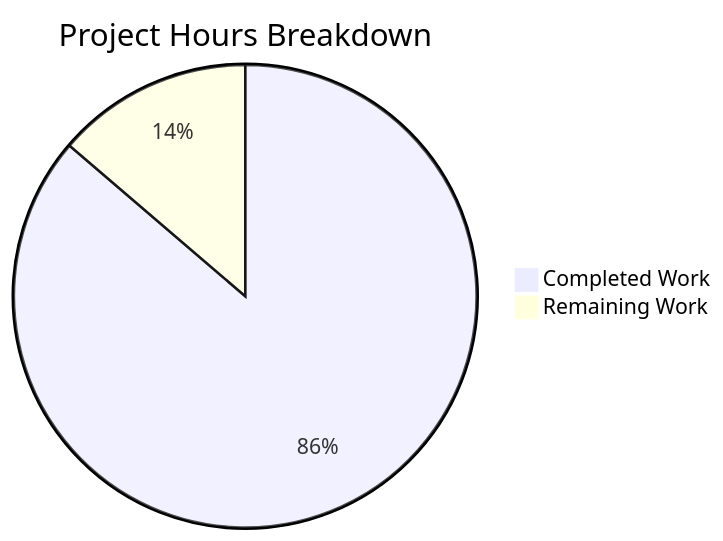
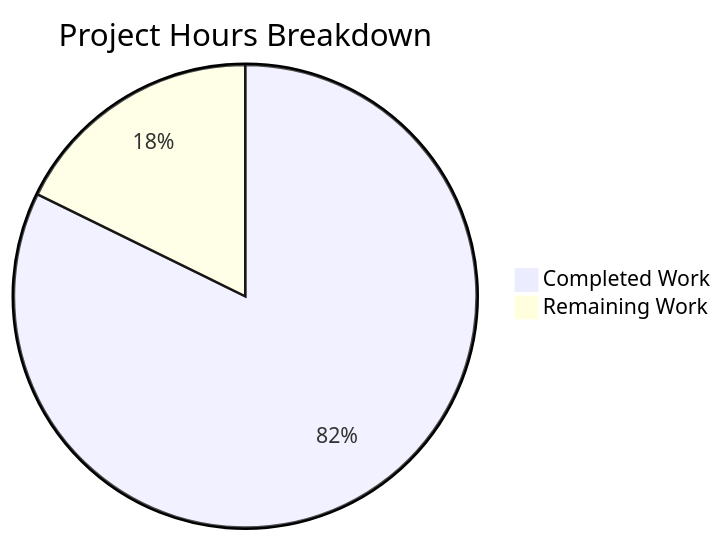
One commit to ajitblitzy/Test1 changed the diagram in blitzy/documentation/Project Guide.md. Above: the diagram before and after it, drawn with Mermaid. The commit also changed other lines of this file, not shown here.

Commit message:
Adding Blitzy Project Guide: Project Status and Human Tasks Remaining

````diff
--- a/blitzy/documentation/Project Guide.md
+++ b/blitzy/documentation/Project Guide.md
@@ -65,5 +111,5 @@
 ```mermaid
 pie title Project Hours Breakdown
-    "Completed Work" : 44
-    "Remaining Work" : 7
+    "Completed Work" : 51
+    "Remaining Work" : 11
 ```
````
